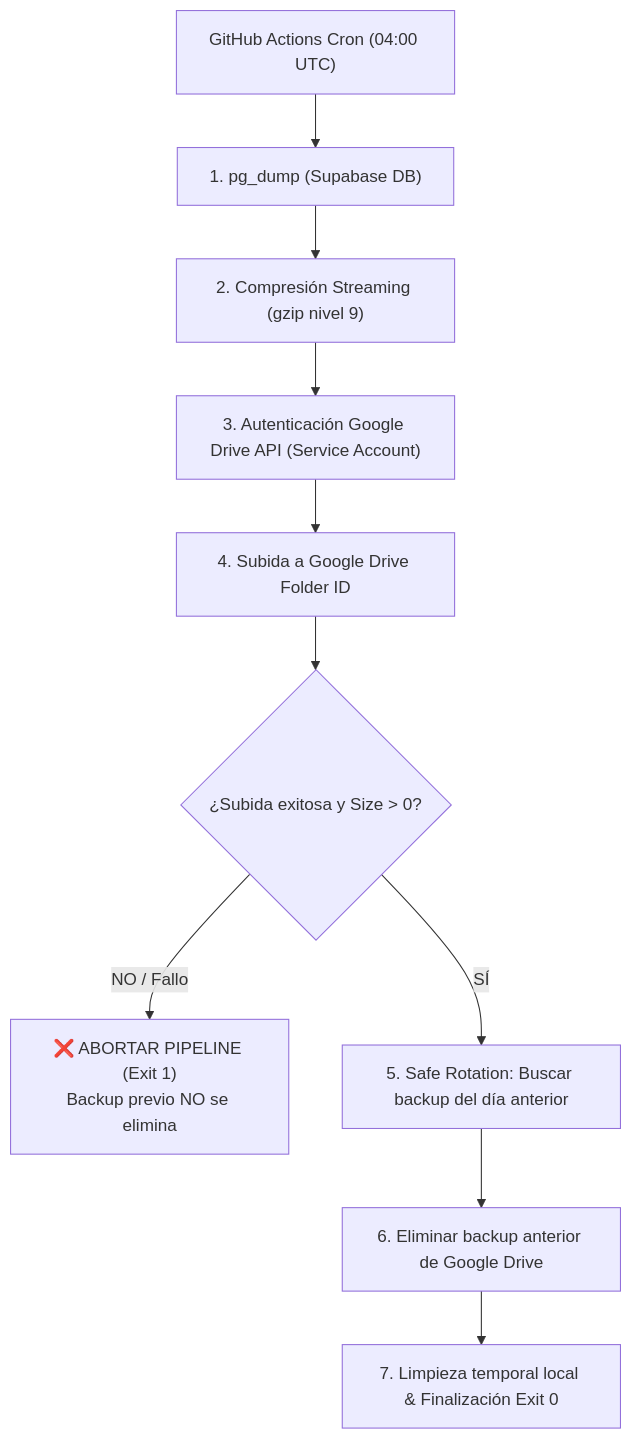
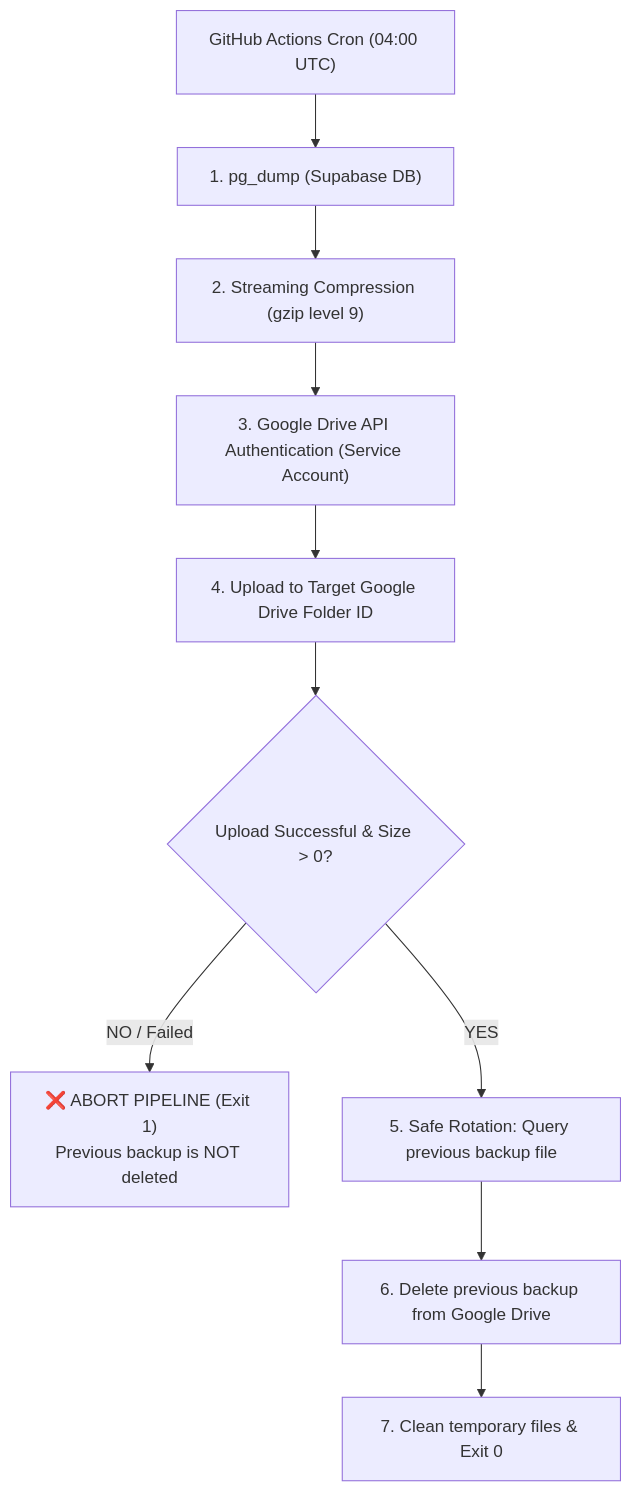
The diagram in euronova/docs/BACKUP_SETUP.md (CRACKXXXX/EuroNova), drawn with Mermaid before and after one commit. The commit also changed other lines of this file and 7 other files, not shown here.

Commit message:
Docs: Translate all READMEs and architecture manuals to English

````diff
--- a/euronova/docs/BACKUP_SETUP.md
+++ b/euronova/docs/BACKUP_SETUP.md
@@ -11,12 +11,12 @@
 ```mermaid
 flowchart TD
     A["GitHub Actions Cron (04:00 UTC)"] --> B["1. pg_dump (Supabase DB)"]
-    B --> C["2. Compresión Streaming (gzip nivel 9)"]
-    C --> D["3. Autenticación Google Drive API (Service Account)"]
-    D --> E["4. Subida a Google Drive Folder ID"]
-    E --> F{"¿Subida exitosa y Size > 0?"}
-    F -- "NO / Fallo" --> G["❌ ABORTAR PIPELINE (Exit 1)<br/>Backup previo NO se elimina"]
-    F -- "SÍ" --> H["5. Safe Rotation: Buscar backup del día anterior"]
-    H --> I["6. Eliminar backup anterior de Google Drive"]
-    I --> J["7. Limpieza temporal local & Finalización Exit 0"]
+    B --> C["2. Streaming Compression (gzip level 9)"]
+    C --> D["3. Google Drive API Authentication (Service Account)"]
+    D --> E["4. Upload to Target Google Drive Folder ID"]
+    E --> F{"Upload Successful & Size > 0?"}
+    F -- "NO / Failed" --> G["❌ ABORT PIPELINE (Exit 1)<br/>Previous backup is NOT deleted"]
+    F -- "YES" --> H["5. Safe Rotation: Query previous backup file"]
+    H --> I["6. Delete previous backup from Google Drive"]
+    I --> J["7. Clean temporary files & Exit 0"]
 ```
````
